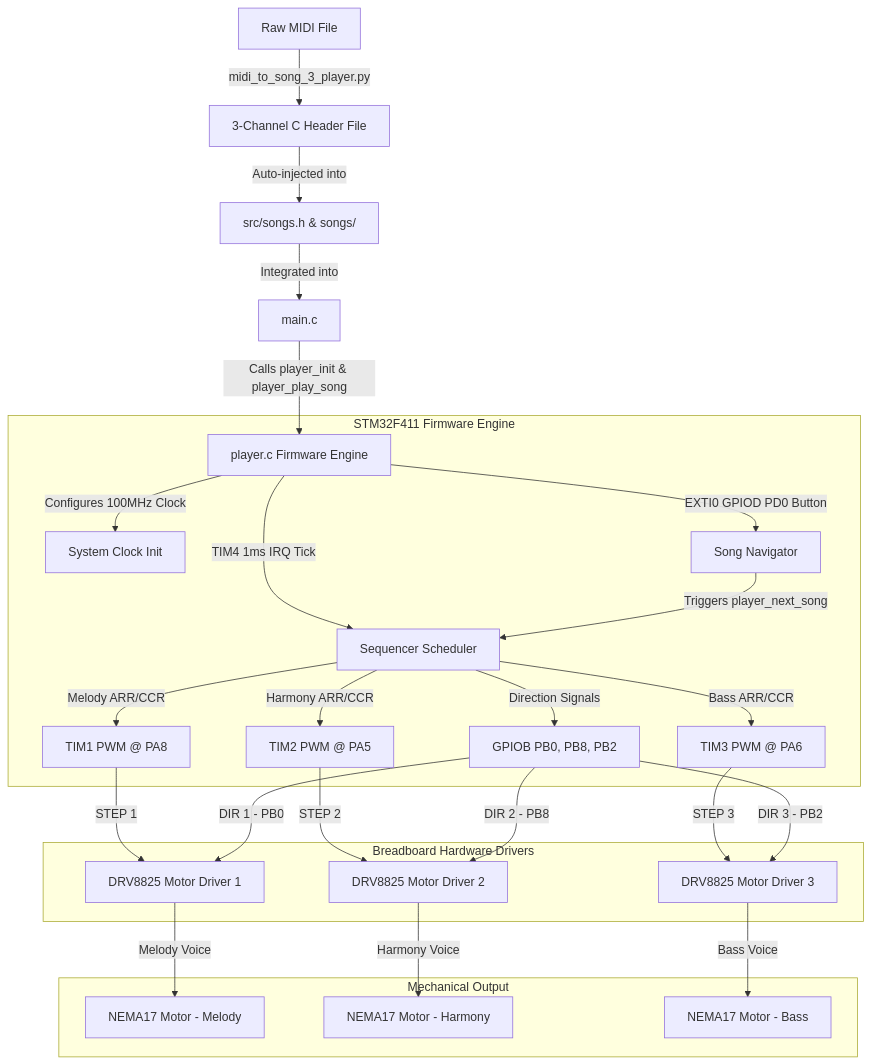
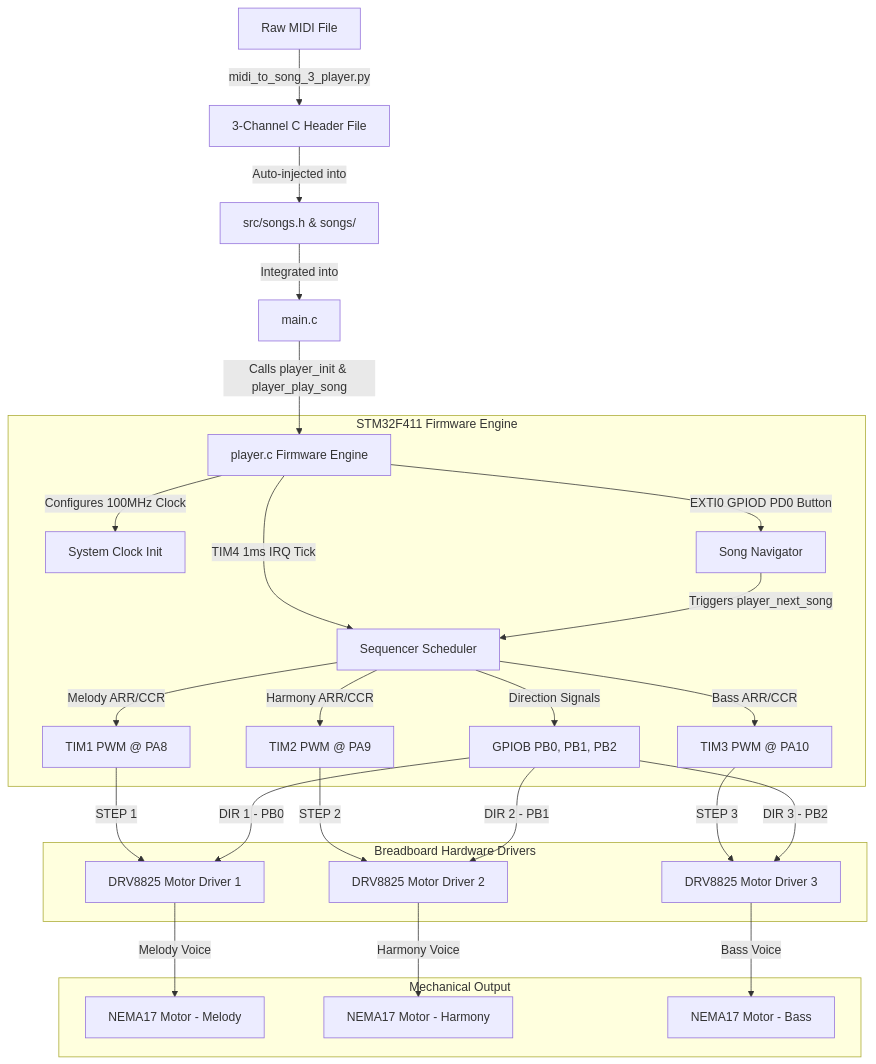
The diagram in project_summary.md (Tam-sketch/step-motor-media-player), drawn with Mermaid before and after one commit. The commit also changed other lines of this file and 1 other file, not shown here.

````diff
--- a/project_summary.md
+++ b/project_summary.md
@@ -12,34 +12,34 @@
 ```mermaid
 graph TD
     A[Raw MIDI File] -->|midi_to_song_3_player.py| B[3-Channel C Header File]
     B -->|Auto-injected into| C[src/songs.h & songs/]
     C -->|Integrated into| D[main.c]
     D -->|Calls player_init & player_play_song| E[player.c Firmware Engine]
     
     subgraph STM32F411 Firmware Engine
         E -->|Configures 100MHz Clock| F[System Clock Init]
         E -->|TIM4 1ms IRQ Tick| G[Sequencer Scheduler]
         E -->|EXTI0 GPIOD PD0 Button| H[Song Navigator]
         H -->|Triggers player_next_song| G
         
         G -->|Melody ARR/CCR| I[TIM1 PWM @ PA8]
-        G -->|Harmony ARR/CCR| J[TIM2 PWM @ PA5]
-        G -->|Bass ARR/CCR| K[TIM3 PWM @ PA6]
-        G -->|Direction Signals| L[GPIOB PB0, PB8, PB2]
+        G -->|Harmony ARR/CCR| J[TIM2 PWM @ PA9]
+        G -->|Bass ARR/CCR| K[TIM3 PWM @ PA10]
+        G -->|Direction Signals| L[GPIOB PB0, PB1, PB2]
     end
     
     subgraph Breadboard Hardware Drivers
         I -->|STEP 1| M[DRV8825 Motor Driver 1]
         L -->|DIR 1 - PB0| M
         J -->|STEP 2| N[DRV8825 Motor Driver 2]
-        L -->|DIR 2 - PB8| N
+        L -->|DIR 2 - PB1| N
         K -->|STEP 3| O[DRV8825 Motor Driver 3]
         L -->|DIR 3 - PB2| O
     end
     
     subgraph Mechanical Output
         M -->|Melody Voice| P[NEMA17 Motor - Melody]
         N -->|Harmony Voice| Q[NEMA17 Motor - Harmony]
         O -->|Bass Voice| R[NEMA17 Motor - Bass]
     end
 ```
````
